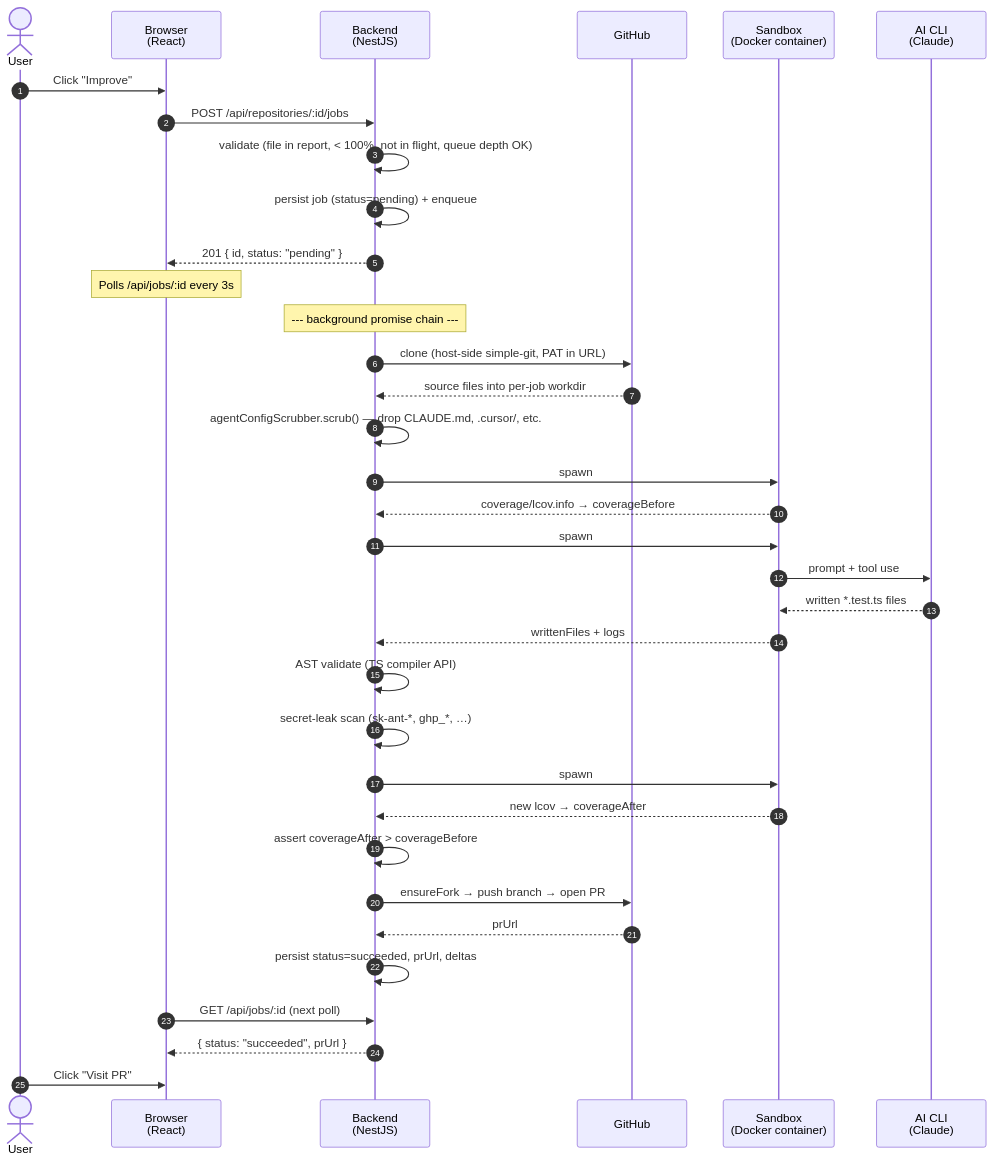
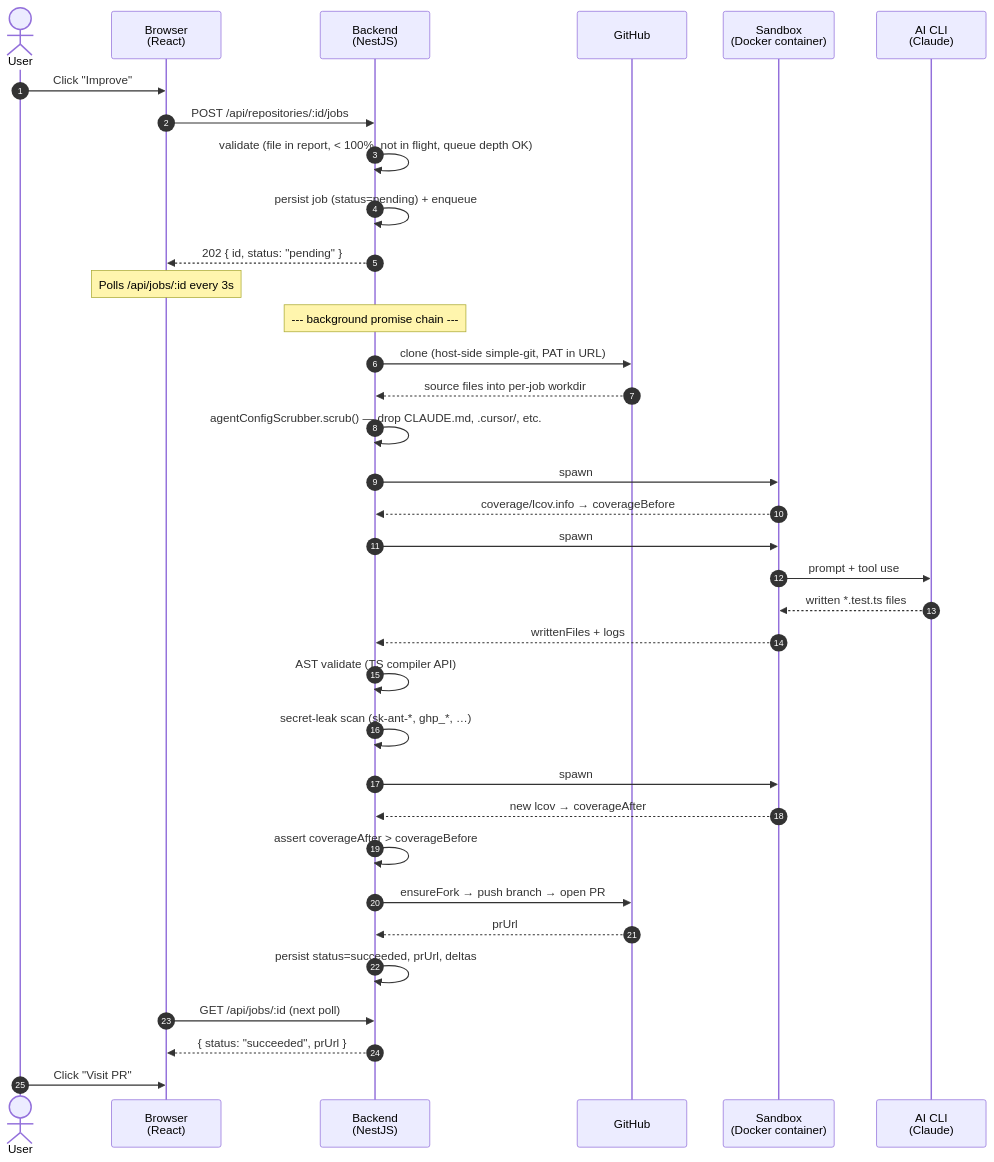
The third of 3 diagrams in docs/architecture.md (jmatom/ts-coverage-improver), drawn with Mermaid before and after one commit. The commit also changed 3 other files, not shown here.

````diff
--- a/docs/architecture.md
+++ b/docs/architecture.md
@@ -144,45 +144,45 @@
 ```mermaid
 sequenceDiagram
     autonumber
     actor User
     participant Browser as Browser<br/>(React)
     participant Backend as Backend<br/>(NestJS)
     participant GitHub
     participant Sandbox as Sandbox<br/>(Docker container)
     participant AI as AI CLI<br/>(Claude)
 
     User->>Browser: Click "Improve"
     Browser->>Backend: POST /api/repositories/:id/jobs
     Backend->>Backend: validate (file in report, < 100%, not in flight, queue depth OK)
     Backend->>Backend: persist job (status=pending) + enqueue
-    Backend-->>Browser: 201 { id, status: "pending" }
+    Backend-->>Browser: 202 { id, status: "pending" }
     Note over Browser: Polls /api/jobs/:id every 3s
 
     Note over Backend: --- background promise chain ---
     Backend->>GitHub: clone (host-side simple-git, PAT in URL)
     GitHub-->>Backend: source files into per-job workdir
     Backend->>Backend: agentConfigScrubber.scrub() — drop CLAUDE.md, .cursor/, etc.
 
     Backend->>Sandbox: spawn #1 — install + jest --coverage<br/>(env: none of the secrets)
     Sandbox-->>Backend: coverage/lcov.info → coverageBefore
 
     Backend->>Sandbox: spawn #2 — claude -p<br/>(env: ANTHROPIC_API_KEY only)
     Sandbox->>AI: prompt + tool use
     AI-->>Sandbox: written *.test.ts files
     Sandbox-->>Backend: writtenFiles + logs
 
     Backend->>Backend: AST validate (TS compiler API)
     Backend->>Backend: secret-leak scan (sk-ant-*, ghp_*, …)
 
     Backend->>Sandbox: spawn #3 — re-run install + tests<br/>(validation)
     Sandbox-->>Backend: new lcov → coverageAfter
     Backend->>Backend: assert coverageAfter > coverageBefore
 
     Backend->>GitHub: ensureFork → push branch → open PR
     GitHub-->>Backend: prUrl
     Backend->>Backend: persist status=succeeded, prUrl, deltas
 
     Browser->>Backend: GET /api/jobs/:id (next poll)
     Backend-->>Browser: { status: "succeeded", prUrl }
     User->>Browser: Click "Visit PR"
 ```
````
